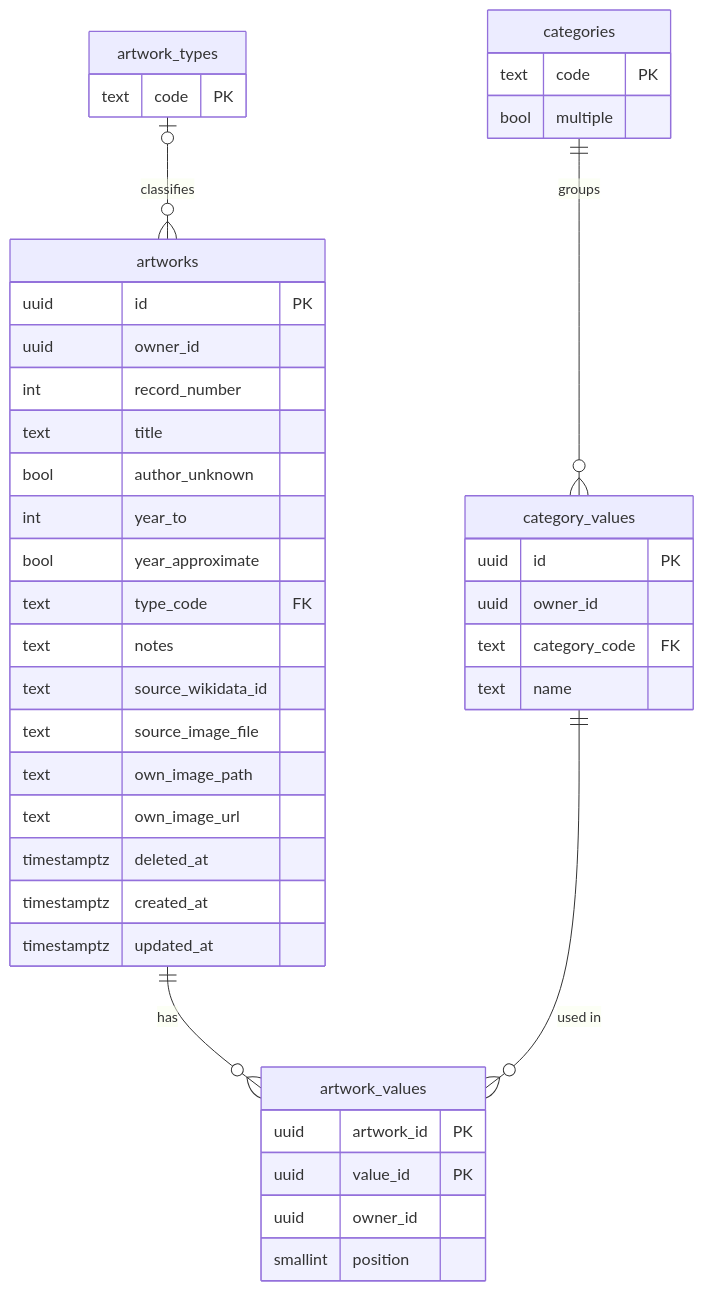
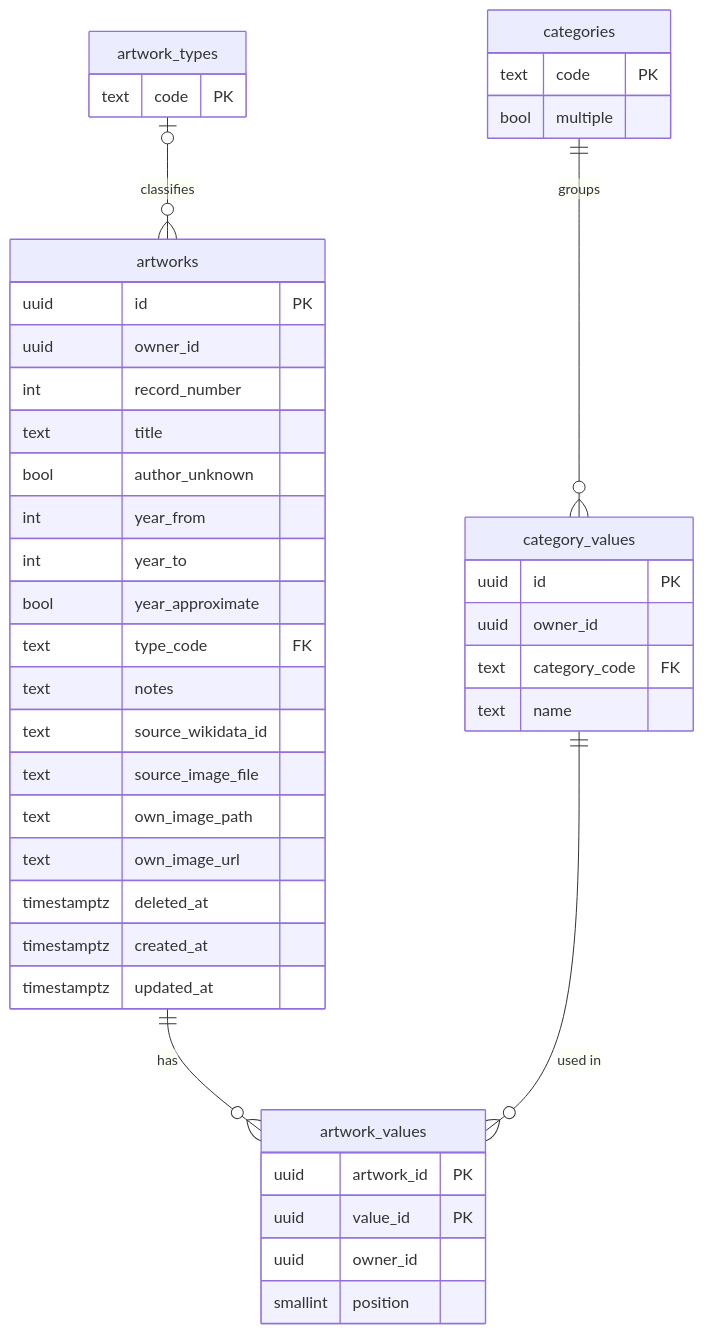
The diagram in docs/decisions/0014-artwork-collection-data-model.md (kamil-nawrot/study-atelier), drawn with Mermaid before and after one commit. The commit also changed other lines of this file and 26 other files, not shown here.

````diff
--- a/docs/decisions/0014-artwork-collection-data-model.md
+++ b/docs/decisions/0014-artwork-collection-data-model.md
@@ -47,44 +47,45 @@
 ```mermaid
 erDiagram
     artworks ||--o{ artwork_values : has
     category_values ||--o{ artwork_values : "used in"
     categories ||--o{ category_values : groups
     artwork_types |o--o{ artworks : classifies
     artworks {
         uuid id PK
         uuid owner_id
         int record_number
         text title
         bool author_unknown
+        int year_from
         int year_to
         bool year_approximate
         text type_code FK
         text notes
         text source_wikidata_id
         text source_image_file
         text own_image_path
         text own_image_url
         timestamptz deleted_at
         timestamptz created_at
         timestamptz updated_at
     }
     category_values {
         uuid id PK
         uuid owner_id
         text category_code FK
         text name
     }
     artwork_values {
         uuid artwork_id PK
         uuid value_id PK
         uuid owner_id
         smallint position
     }
     categories {
         text code PK
         bool multiple
     }
     artwork_types {
         text code PK
     }
 ```
````
